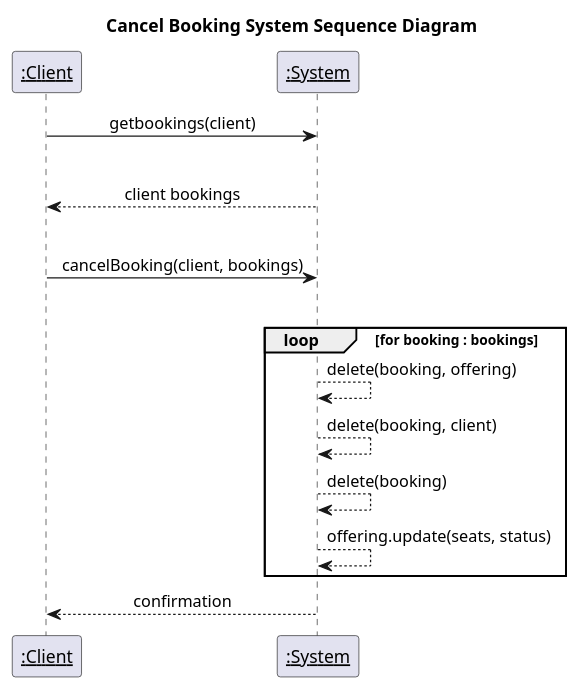
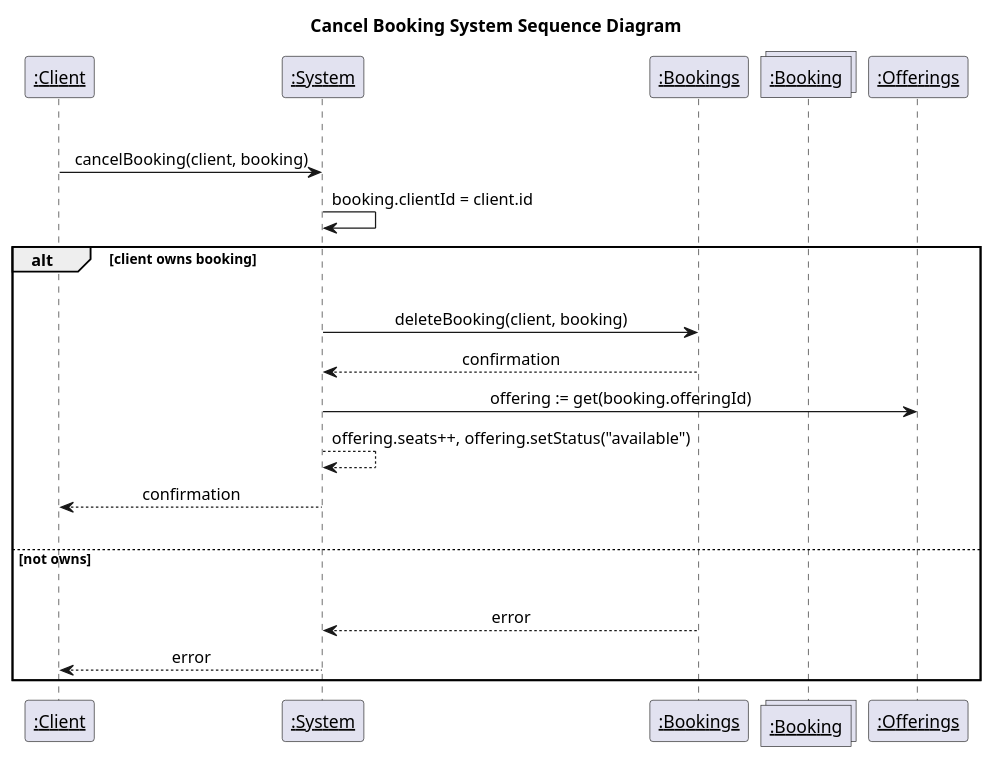
One commit to PrinceOfNothingg/Lesson-Booking-Management-System changed the third of 3 diagrams in deliverables/2024-11-01/booking-system-sequence-diagram.md. Above: the diagram before and after it, drawn with PlantUML. The commit also changed other lines of this file and 16 other files, not shown here.

Commit message:
minor outout fix and diagram fixes

````diff
--- a/deliverables/2024-11-01/booking-system-sequence-diagram.md
+++ b/deliverables/2024-11-01/booking-system-sequence-diagram.md
@@ -77,25 +90,33 @@
 ``` plantuml
 @startuml
 participant "__:Client__" as actor
 participant "__:System__" as system
 
+participant "__:Bookings__" as bookings
+collections "__:Booking__" as bookingCollection
+
+participant "__:Offerings__" as offerings
+
 title Cancel Booking System Sequence Diagram
 skinparam sequenceMessageAlign center
 
-actor -> system : getbookings(client)
 |||
-system --> actor : client bookings
+actor -> system : cancelBooking(client, booking)
+system -> system : booking.clientId = client.id
+
+alt client owns booking
 |||
-actor -> system : cancelBooking(client, bookings)
+system -> bookings : deleteBooking(client, booking)
+bookings --> system : confirmation
+system -> offerings : offering := get(booking.offeringId)
+system --> system : offering.seats++, offering.setStatus("available")
+system --> actor : confirmation
 |||
-loop for booking : bookings
-system --> system : delete(booking, offering)
-system --> system : delete(booking, client)
-system --> system : delete(booking)
-system --> system : offering.update(seats, status)
-
+else not owns
+|||
+bookings --> system : error
+system --> actor : error
 end
-system --> actor : confirmation
 
 @enduml
 ```
````
